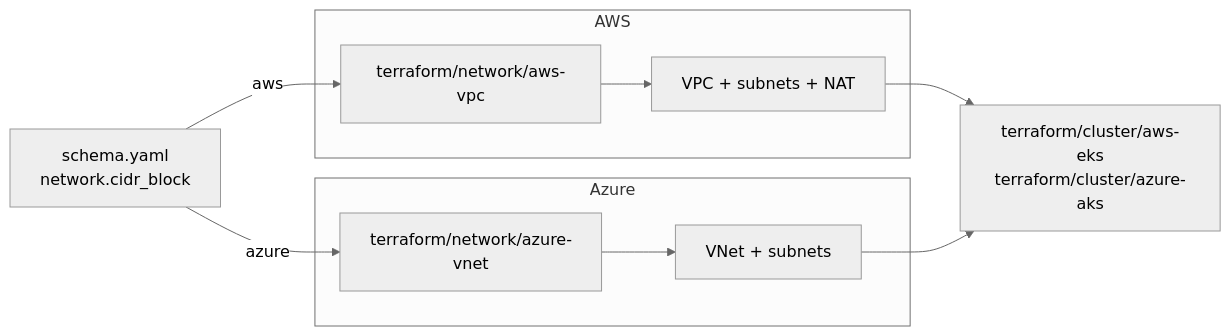
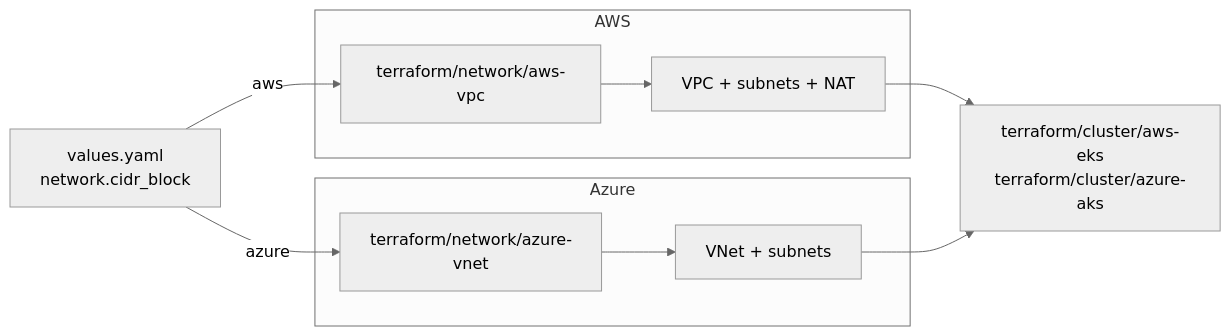
Before and after one commit to windsorcli/core: the diagram in terraform/network/README.md, drawn with Mermaid (neutral theme). The commit also changed 7 other files, not shown here.

Commit message:
chore(docs): update README files to replace 'schema' with 'values' in flowcharts

````diff
--- a/terraform/network/README.md
+++ b/terraform/network/README.md
@@ -19,23 +19,23 @@
 ```mermaid
 flowchart LR
-  schema[schema.yaml<br/>network.cidr_block]
+  values[values.yaml<br/>network.cidr_block]
 
   subgraph awspath[AWS]
     tfVpc[terraform/network/aws-vpc]
     vpc[VPC + subnets + NAT]
   end
 
   subgraph azurepath[Azure]
     tfVnet[terraform/network/azure-vnet]
     vnet[VNet + subnets]
   end
 
   cluster[terraform/cluster/aws-eks<br/>terraform/cluster/azure-aks]
 
-  schema -->|aws| tfVpc
-  schema -->|azure| tfVnet
+  values -->|aws| tfVpc
+  values -->|azure| tfVnet
   tfVpc --> vpc
   tfVnet --> vnet
   vpc --> cluster
   vnet --> cluster
 ```
````
